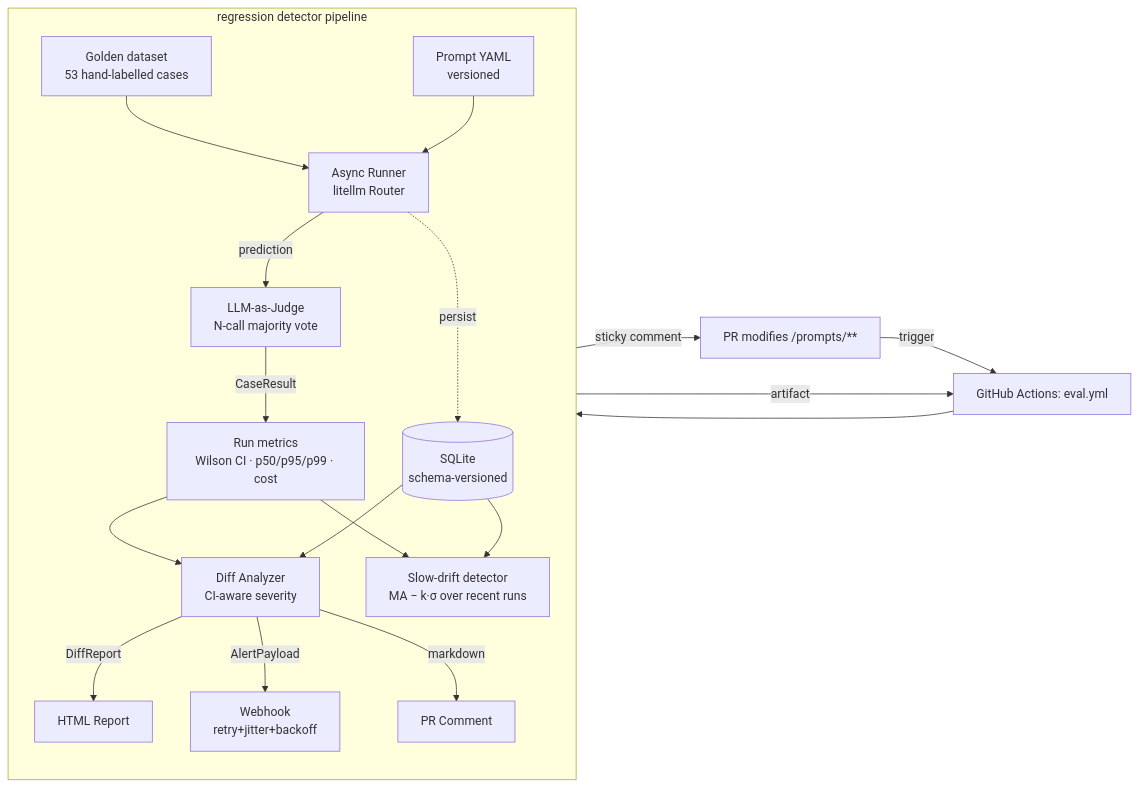
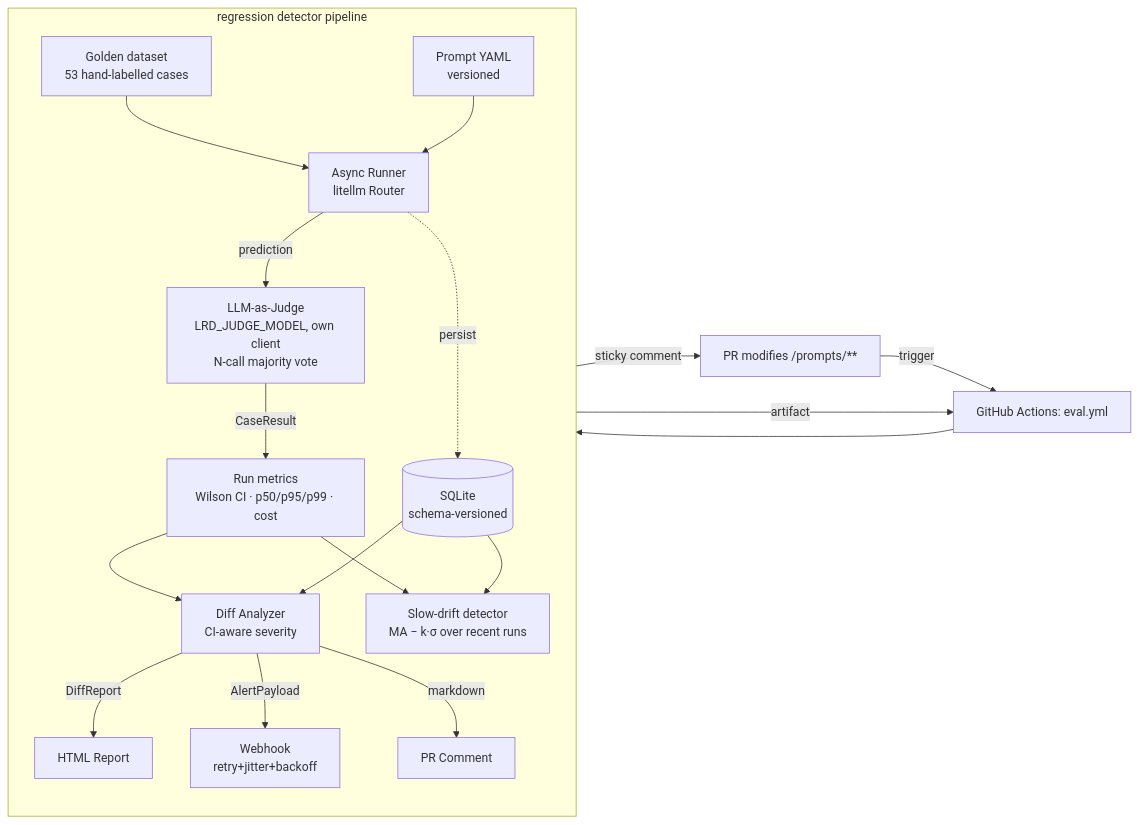
One commit to adel-saoud/llm-regression-detector changed the first of 3 diagrams in docs/architecture.md. Above: the diagram before and after it, drawn with Mermaid. The commit also changed other lines of this file and 27 other files, not shown here.

````diff
--- a/docs/architecture.md
+++ b/docs/architecture.md
@@ -5,24 +5,24 @@
 ```mermaid
 flowchart LR
     PR[PR modifies /prompts/**] -->|trigger| GH[GitHub Actions: eval.yml]
 
     subgraph Pipeline[regression detector pipeline]
         direction TB
         D[Golden dataset<br/>53 hand-labelled cases] --> R[Async Runner<br/>litellm Router]
         P[Prompt YAML<br/>versioned] --> R
-        R -->|prediction| J[LLM-as-Judge<br/>N-call majority vote]
+        R -->|prediction| J[LLM-as-Judge<br/>LRD_JUDGE_MODEL, own client<br/>N-call majority vote]
         J -->|CaseResult| RM[Run metrics<br/>Wilson CI · p50/p95/p99 · cost]
         RM --> A[Diff Analyzer<br/>CI-aware severity]
         RM --> SD[Slow-drift detector<br/>MA − k·σ over recent runs]
         A -->|DiffReport| O1[HTML Report]
         A -->|AlertPayload| O2[Webhook<br/>retry+jitter+backoff]
         A -->|markdown| O3[PR Comment]
         R -.->|persist| DB[(SQLite<br/>schema-versioned)]
         DB --> A
         DB --> SD
     end
 
     GH --> Pipeline
     O3 -->|sticky comment| PR
     O1 -->|artifact| GH
 ```
````
